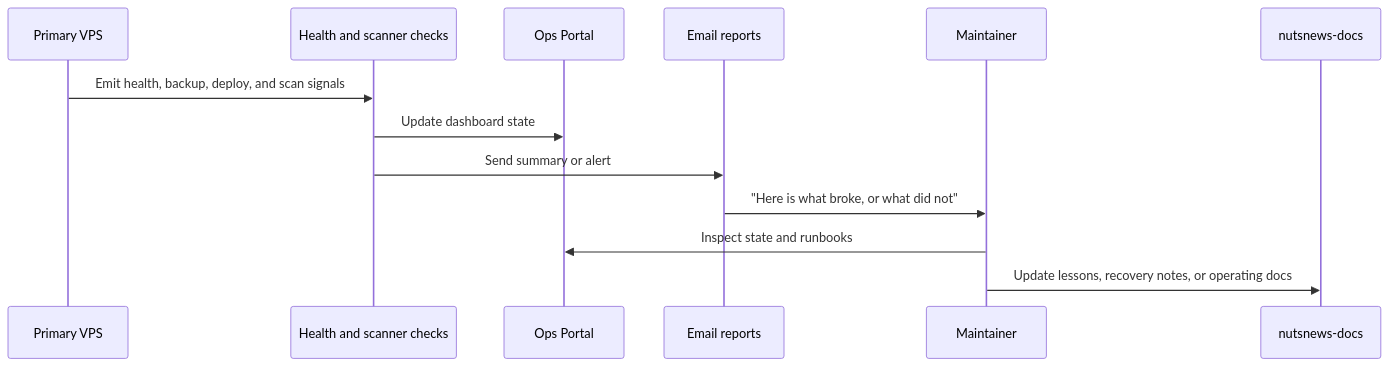
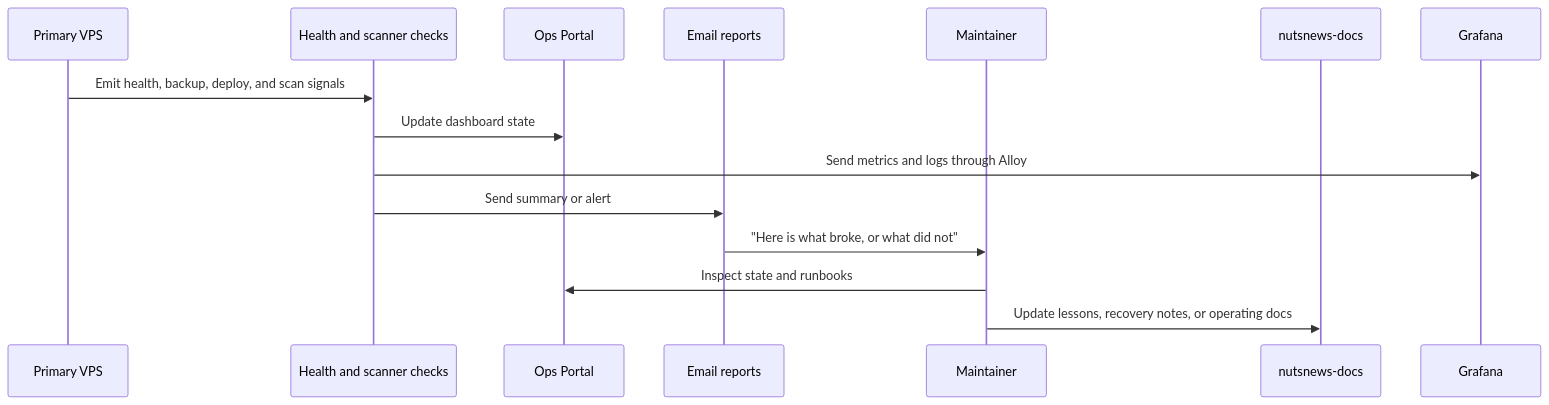
The third of 4 diagrams in NUTSNEWS_INFRA_OPERATIONS_PLATFORM.md (ramideltoro/nutsnews-docs), drawn with Mermaid before and after one commit. The commit also changed other lines of this file and 5 other files, not shown here.

````diff
--- a/NUTSNEWS_INFRA_OPERATIONS_PLATFORM.md
+++ b/NUTSNEWS_INFRA_OPERATIONS_PLATFORM.md
@@ -146,16 +149,17 @@
 ```mermaid
 sequenceDiagram
   participant VPS as Primary VPS
   participant Checks as Health and scanner checks
   participant Portal as Ops Portal
   participant Email as Email reports
   participant Human as Maintainer
   participant Docs as nutsnews-docs
 
   VPS->>Checks: Emit health, backup, deploy, and scan signals
   Checks->>Portal: Update dashboard state
+  Checks->>Grafana: Send metrics and logs through Alloy
   Checks->>Email: Send summary or alert
   Email->>Human: "Here is what broke, or what did not"
   Human->>Portal: Inspect state and runbooks
   Human->>Docs: Update lessons, recovery notes, or operating docs
 ```
````
